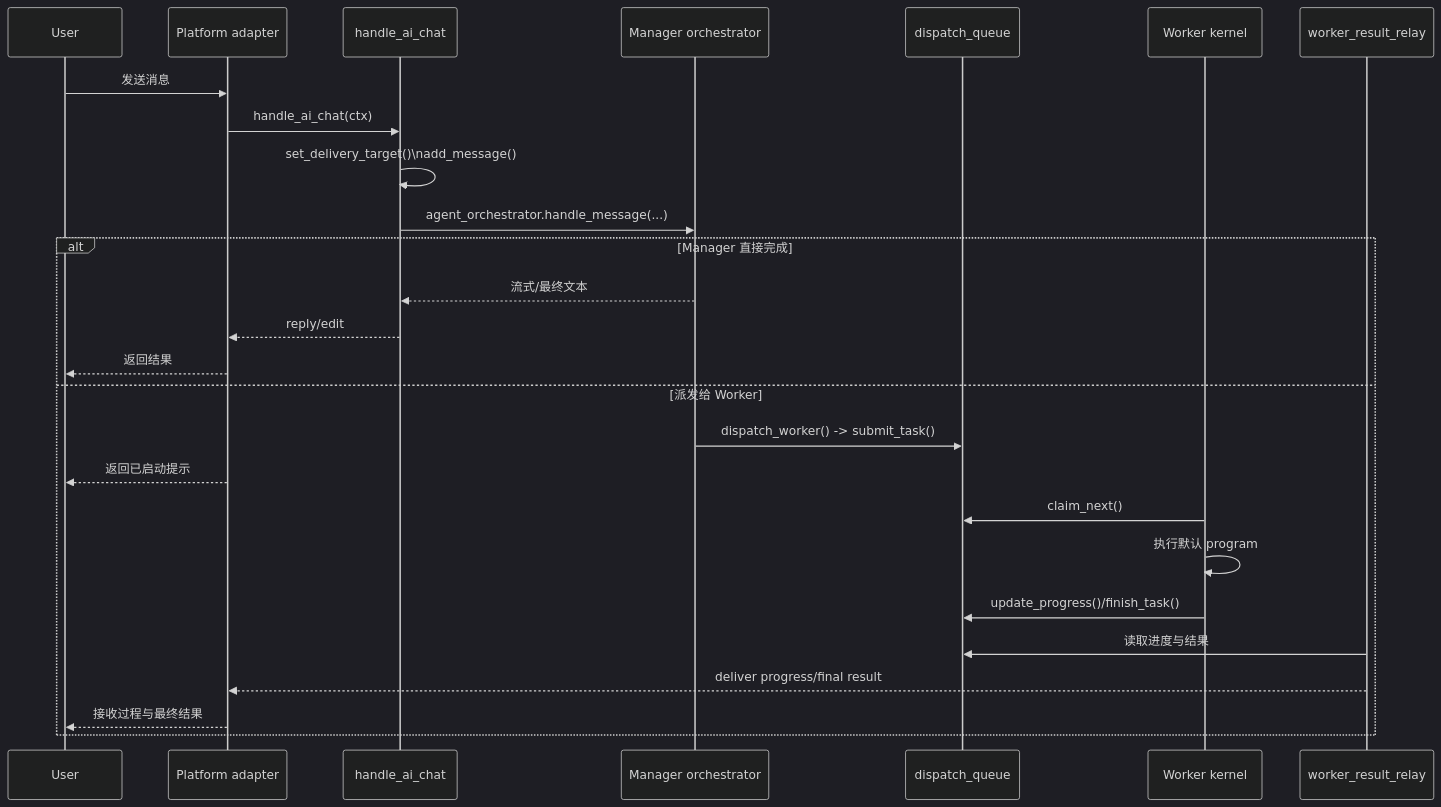
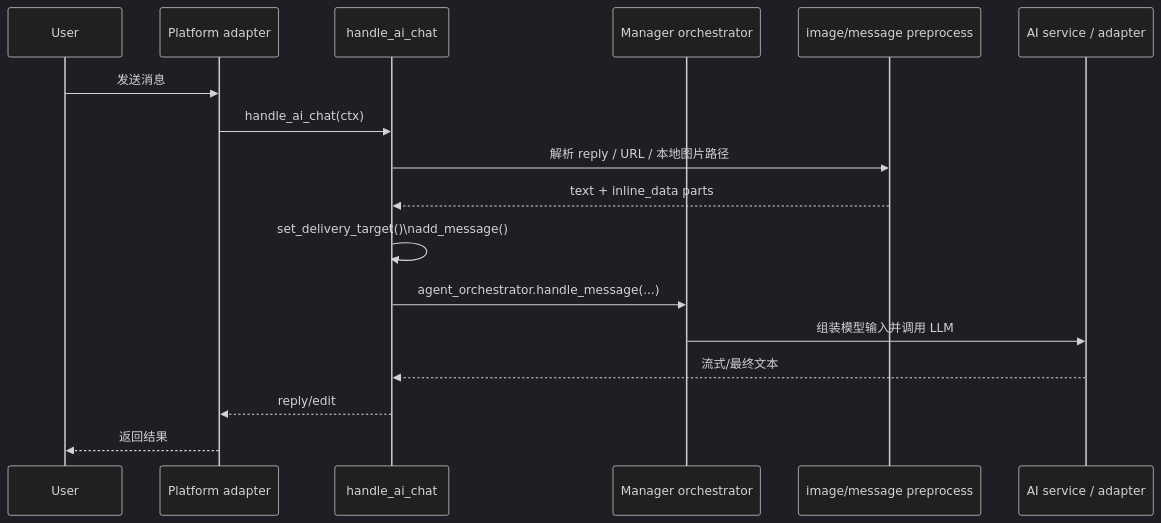
The diagram in docs/project-overview.md (glwlg/X-bot), drawn with Mermaid (dark theme) before and after one commit. The commit also changed other lines of this file and 81 other files, not shown here.

````diff
--- a/docs/project-overview.md
+++ b/docs/project-overview.md
@@ -37,30 +35,20 @@
 ```mermaid
 sequenceDiagram
     participant U as User
     participant P as Platform adapter
     participant H as handle_ai_chat
     participant M as Manager orchestrator
-    participant Q as dispatch_queue
-    participant W as Worker kernel
-    participant R as worker_result_relay
+    participant V as image/message preprocess
+    participant S as AI service / adapter
 
     U->>P: 发送消息
     P->>H: handle_ai_chat(ctx)
+    H->>V: 解析 reply / URL / 本地图片路径
+    V-->>H: text + inline_data parts
     H->>H: set_delivery_target()\nadd_message()
     H->>M: agent_orchestrator.handle_message(...)
-
-    alt Manager 直接完成
-        M-->>H: 流式/最终文本
-        H-->>P: reply/edit
-        P-->>U: 返回结果
-    else 派发给 Worker
-        M->>Q: dispatch_worker() -> submit_task()
-        P-->>U: 返回已启动提示
-        W->>Q: claim_next()
-        W->>W: 执行默认 program
-        W->>Q: update_progress()/finish_task()
-        R->>Q: 读取进度与结果
-        R-->>P: deliver progress/final result
-        P-->>U: 接收过程与最终结果
-    end
+    M->>S: 组装模型输入并调用 LLM
+    S-->>H: 流式/最终文本
+    H-->>P: reply/edit
+    P-->>U: 返回结果
 ```
````
